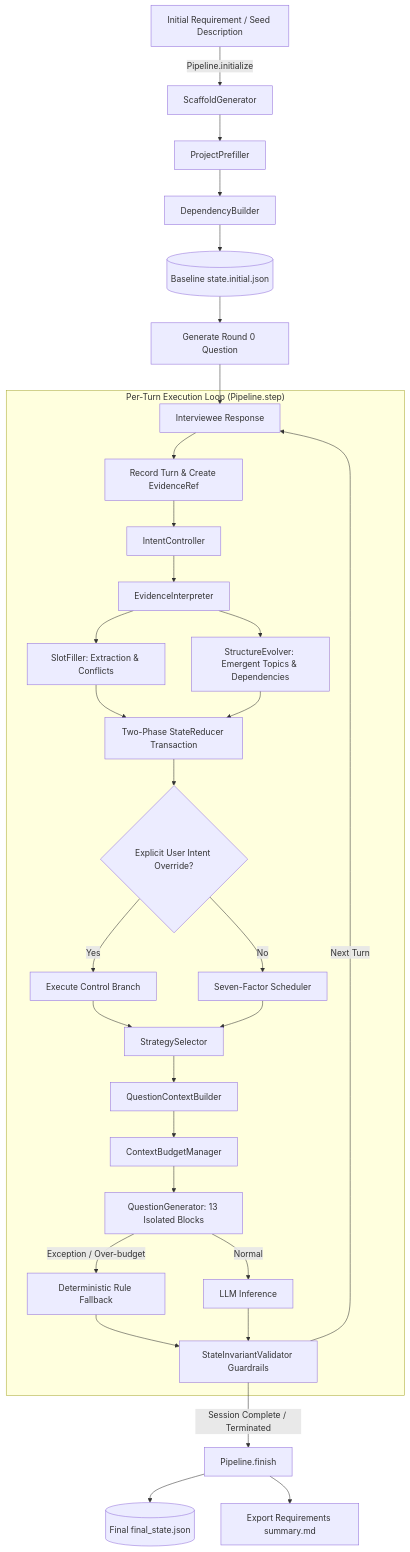
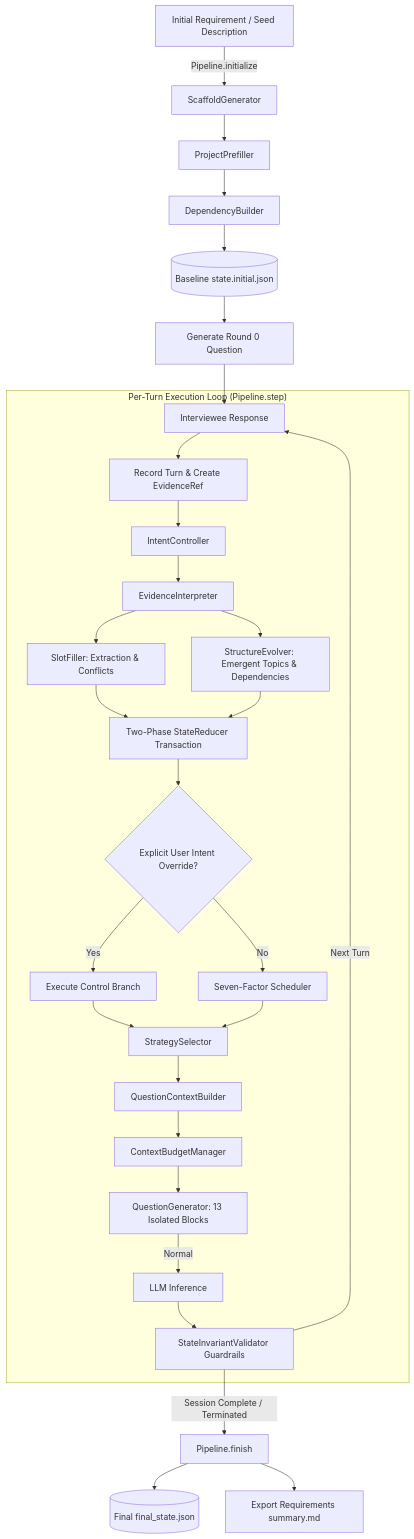
One commit to EchoAran/requirements_interview_fse changed the diagram in README.md. Above: the diagram before and after it, drawn with Mermaid. The commit also changed other lines of this file and 8 other files, not shown here.

````diff
--- a/README.md
+++ b/README.md
@@ -48,34 +48,33 @@
 ```mermaid
 flowchart TD
     A[Initial Requirement / Seed Description] -->|Pipeline.initialize| B[ScaffoldGenerator]
     B --> C[ProjectPrefiller]
     C --> D[DependencyBuilder]
     D --> E[(Baseline state.initial.json)]
 
     E --> F[Generate Round 0 Question]
     F --> G[Interviewee Response]
 
     subgraph "Per-Turn Execution Loop (Pipeline.step)"
         G --> H[Record Turn & Create EvidenceRef]
         H --> I[IntentController]
         I --> J[EvidenceInterpreter]
         J --> K[SlotFiller: Extraction & Conflicts]
         J --> L[StructureEvolver: Emergent Topics & Dependencies]
         K & L --> M[Two-Phase StateReducer Transaction]
         M --> N{Explicit User Intent Override?}
         N -- Yes --> O[Execute Control Branch]
         N -- No --> P[Seven-Factor Scheduler]
         O & P --> Q[StrategySelector]
         Q --> R[QuestionContextBuilder]
         R --> S[ContextBudgetManager]
         S --> T[QuestionGenerator: 13 Isolated Blocks]
-        T -->|Exception / Over-budget| U[Deterministic Rule Fallback]
         T -->|Normal| V[LLM Inference]
-        U & V --> W[StateInvariantValidator Guardrails]
+        V --> W[StateInvariantValidator Guardrails]
     end
 
     W -->|Next Turn| G
     W -->|Session Complete / Terminated| X[Pipeline.finish]
     X --> Y[(Final final_state.json)]
     X --> Z[Export Requirements summary.md]
 ```
````
